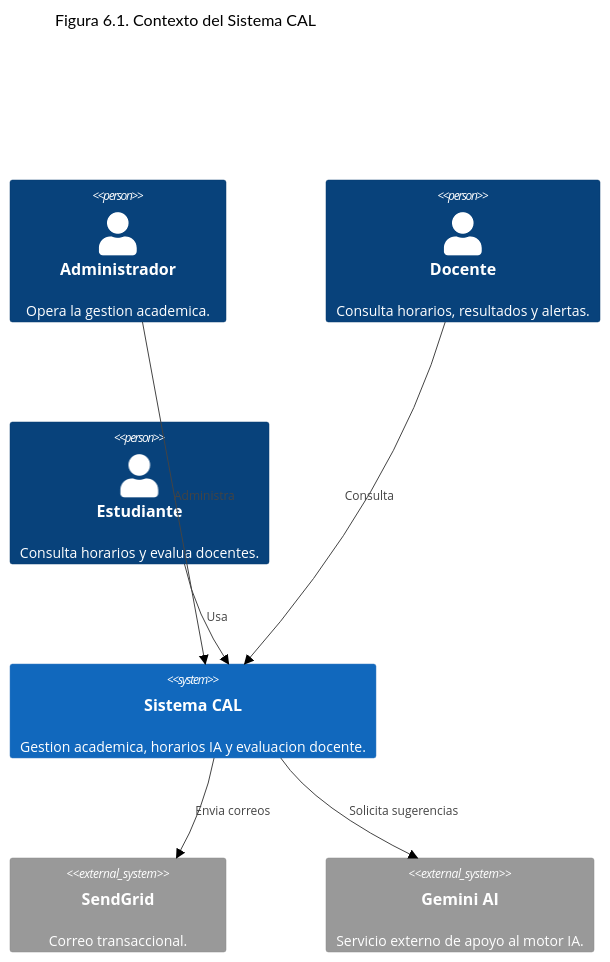
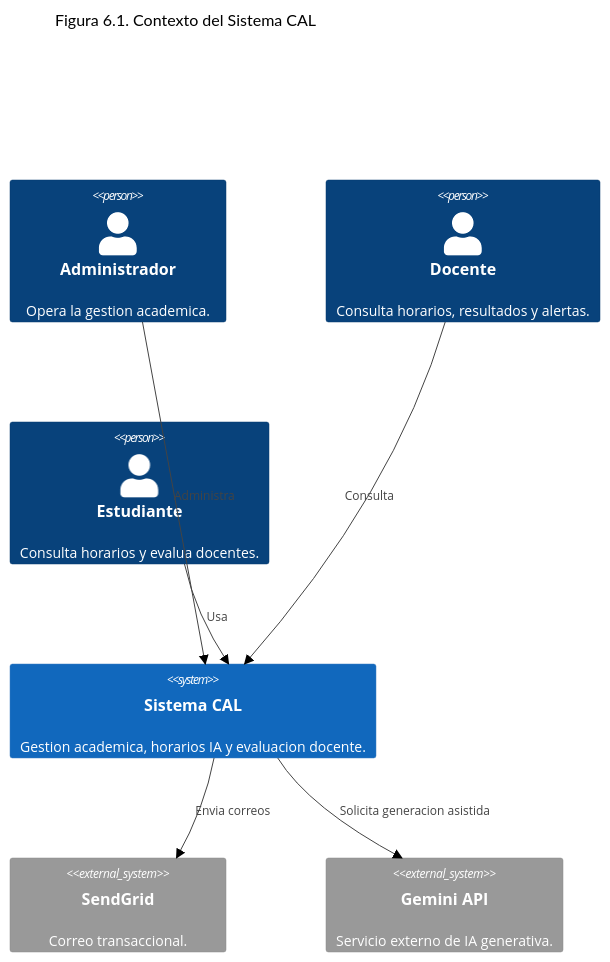
The diagram in docs/diagramas/01_c4_contexto_sistema.mmd (Proyecto-grado-ucc/proyectoGrado-server), drawn with Mermaid (neutral theme) before and after one commit. The commit also changed 20 other files, not shown here.

Commit message:
docs: align IA diagrams with Gemini flow

```diff
--- a/docs/diagramas/01_c4_contexto_sistema.mmd
+++ b/docs/diagramas/01_c4_contexto_sistema.mmd
@@ -1,19 +1,19 @@
 C4Context
 title Figura 6.1. Contexto del Sistema CAL
 
 Person(admin, "Administrador", "Opera la gestion academica.")
 Person(docente, "Docente", "Consulta horarios, resultados y alertas.")
 Person(estudiante, "Estudiante", "Consulta horarios y evalua docentes.")
 
 System(cal, "Sistema CAL", "Gestion academica, horarios IA y evaluacion docente.")
 
 System_Ext(sendgrid, "SendGrid", "Correo transaccional.")
-System_Ext(gemini, "Gemini AI", "Servicio externo de apoyo al motor IA.")
+System_Ext(gemini, "Gemini API", "Servicio externo de IA generativa.")
 
 Rel(admin, cal, "Administra")
 Rel(docente, cal, "Consulta")
 Rel(estudiante, cal, "Usa")
 Rel(cal, sendgrid, "Envia correos")
-Rel(cal, gemini, "Solicita sugerencias")
+Rel(cal, gemini, "Solicita generacion asistida")
 
 UpdateLayoutConfig($c4ShapeInRow="2", $c4BoundaryInRow="1")
```
